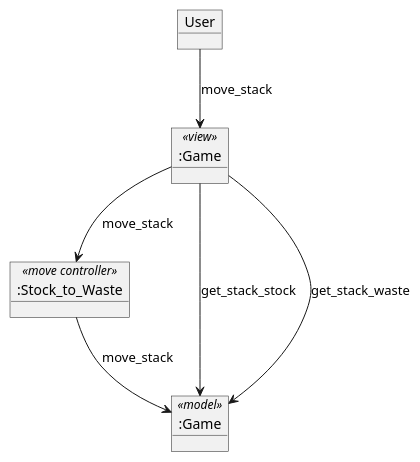
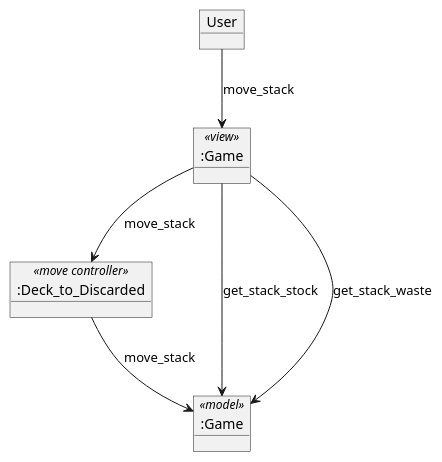
One commit to hombrenieve/klondike_rup changed the diagram in uml/logic-view/use-case-analysis/collaboration-move-stock-waste.puml. Above: the diagram before and after it, drawn with PlantUML. The commit also changed 2 other files, not shown here.

Commit message:
Change names in collaboration-move-stock-waste to make sense with controllers.

```diff
--- a/uml/logic-view/use-case-analysis/collaboration-move-stock-waste.puml
+++ b/uml/logic-view/use-case-analysis/collaboration-move-stock-waste.puml
@@ -1,26 +1,26 @@
 @startuml
 
 object User
 
 object ":Game" as game_view <<view>> {
 
 }
 
-object ":Stock_to_Waste" as Stock_to_Waste <<move controller>> {
+object ":Deck_to_Discarded" as Deck_to_Discarded <<move controller>> {
 
 }
 
 object ":Game" as game_model <<model>> {
 
 }
 
 User -down-> game_view: move_stack
 
-game_view --> Stock_to_Waste: move_stack
+game_view --> Deck_to_Discarded: move_stack
 
 game_view -down-> game_model: get_stack_stock
 game_view -down-> game_model: get_stack_waste
 
-Stock_to_Waste --> game_model: move_stack
+Deck_to_Discarded --> game_model: move_stack
 
 @enduml
```
